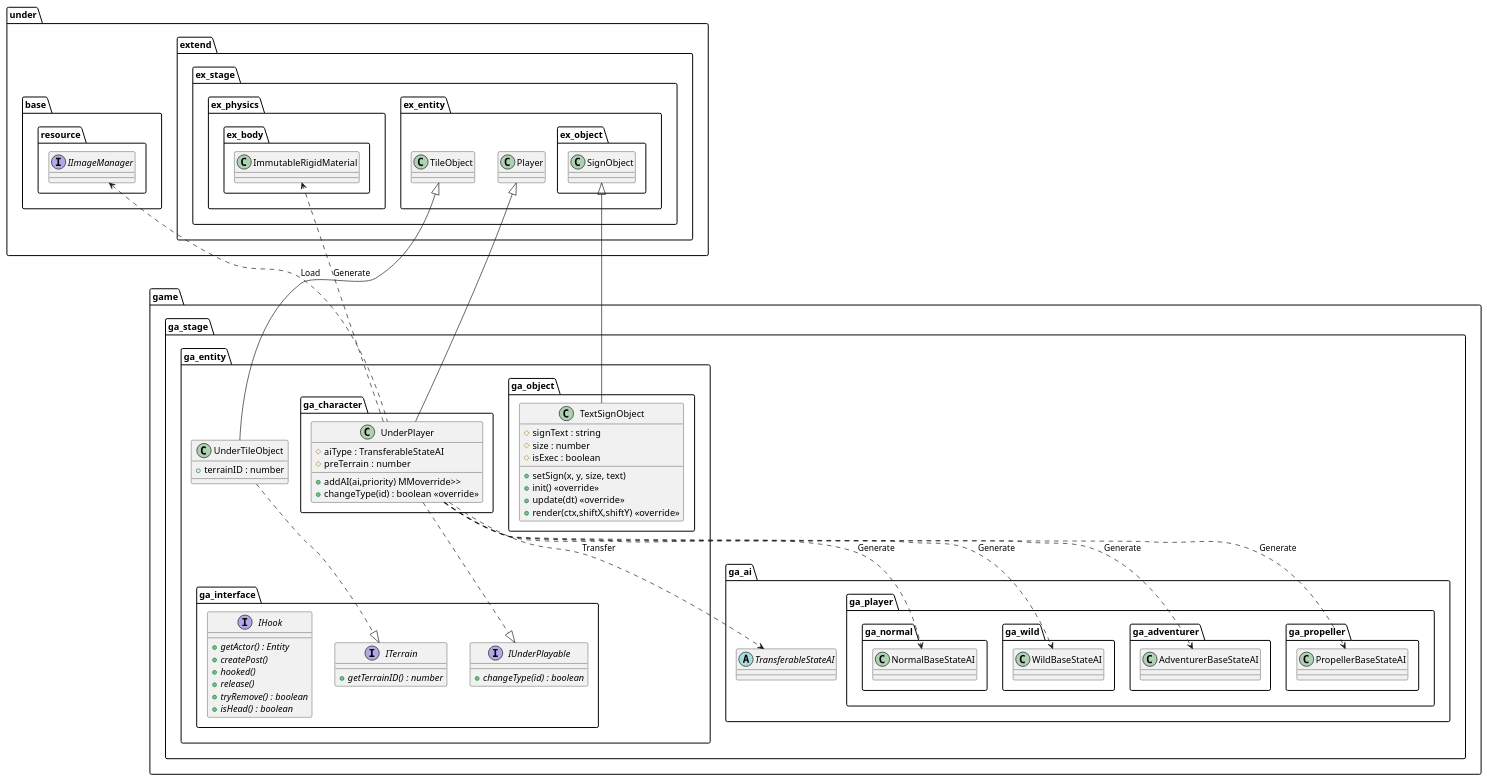
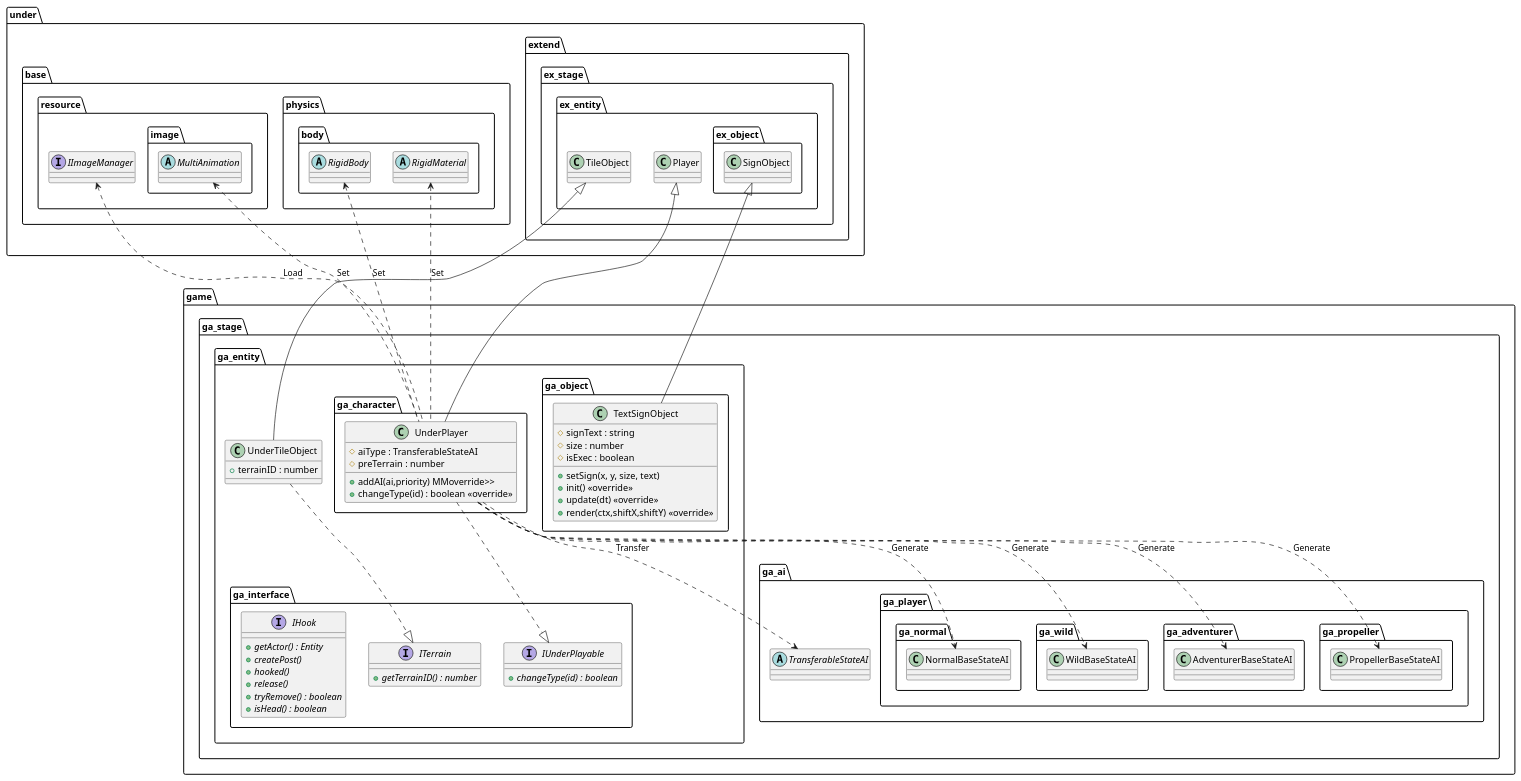
One commit to Expine/Under changed the diagram in uml/entity/Game.wsd. Above: the diagram before and after it, drawn with PlantUML. The commit also changed 16 other files, not shown here.

Commit message:
Add mutable rigid material

```diff
--- a/uml/entity/Game.wsd
+++ b/uml/entity/Game.wsd
@@ -1,107 +1,113 @@
 @startuml EntityGame
 package game {
     package ga_stage {
         package ga_entity {
             class UnderTileObject {
                 +terrainID : number
             }
             package ga_character {
                 class UnderPlayer {
                     #aiType : TransferableStateAI
                     #preTerrain : number
                     +addAI(ai,priority) MMoverride>>
                     +changeType(id) : boolean <<override>>
                 }
             }
             package ga_object {
                 class TextSignObject {
                     #signText : string
                     #size : number
                     #isExec : boolean
                     +setSign(x, y, size, text)
                     +init() <<override>>
                     +update(dt) <<override>>
                     +render(ctx,shiftX,shiftY) <<override>>
                 }
             }
             package ga_interface {
                 interface ITerrain {
                     {abstract} +getTerrainID() : number
                 }
                 interface IUnderPlayable {
                     {abstract} +changeType(id) : boolean
                 }
                 interface IHook {
                     {abstract} +getActor() : Entity
                     {abstract} +createPost()
                     {abstract} +hooked()
                     {abstract} +release()
                     {abstract} +tryRemove() : boolean
                     {abstract} +isHead() : boolean
                 }
             }
         }
     }
 }
 
 package under {
     package base {
         package resource {
             interface IImageManager
+            package image {
+                abstract MultiAnimation
+            }
+        }
+        package physics {
+            package body {
+                abstract RigidBody
+                abstract RigidMaterial
+            }
         }
     }
     package extend {
         package ex_stage {
             package ex_entity {
                 class TileObject
                 class Player
                 package ex_object {
                     class SignObject
-                }
-            }
-            package ex_physics {
-                package ex_body {
-                    class ImmutableRigidMaterial
                 }
             }
         }
     }
 }
 package game {
     package ga_stage {
         package ga_ai {
             abstract TransferableStateAI
             package ga_player {
                 package ga_normal {
                     class NormalBaseStateAI
                 }
                 package ga_wild {
                     class WildBaseStateAI
                 }
                 package ga_adventurer {
                     class AdventurerBaseStateAI
                 }
                 package ga_propeller {
                     class PropellerBaseStateAI
                 }
             }
         }
     }
 }
 
 UnderPlayer ..> WildBaseStateAI : Generate
 UnderPlayer ..> NormalBaseStateAI : Generate
 UnderPlayer ..> AdventurerBaseStateAI : Generate
 UnderPlayer ..> PropellerBaseStateAI : Generate
-UnderPlayer ..> ImmutableRigidMaterial : Generate
 UnderPlayer ..> TransferableStateAI : Transfer
+RigidBody <.. UnderPlayer : Set
+RigidMaterial <.. UnderPlayer : Set
+MultiAnimation <.. UnderPlayer : Set
 IImageManager <.. UnderPlayer : Load
 
 Player <|-- UnderPlayer
 UnderPlayer ..|> IUnderPlayable
 TileObject <|-- UnderTileObject
 UnderTileObject ..|> ITerrain
 
 SignObject <|-- TextSignObject
 
 @enduml
```
